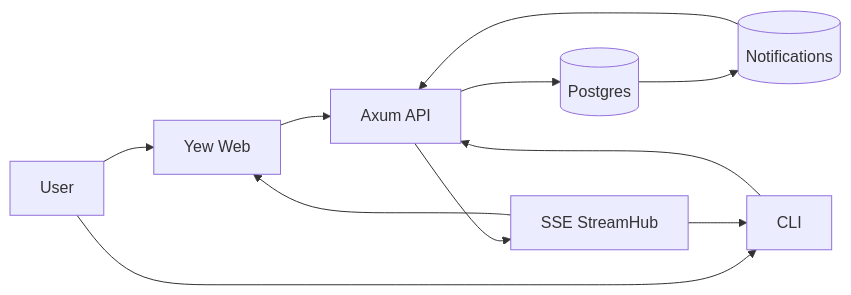
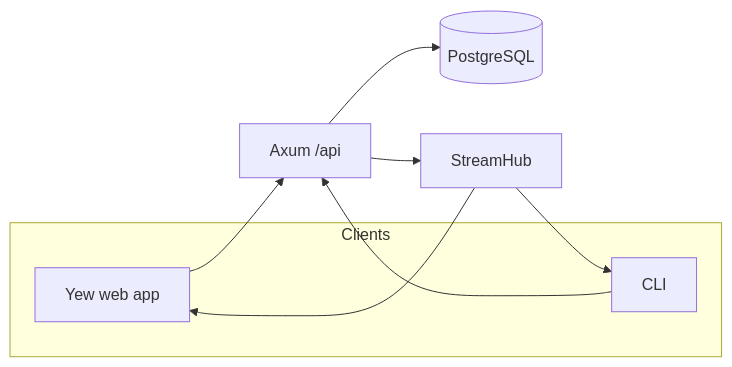
One commit to VannaDii/RustyGPT changed the diagram in docs/architecture/service-topology.md. Above: the diagram before and after it, drawn with Mermaid. The commit also changed other lines of this file and 23 other files, not shown here.

````diff
--- a/docs/architecture/service-topology.md
+++ b/docs/architecture/service-topology.md
@@ -14,21 +20,17 @@
 ```mermaid
 flowchart LR
-  user[User]
-  web[Yew Web]
-  cli[CLI]
-  api[Axum API]
-  hub[SSE StreamHub]
-  db[(Postgres)]
-  mq[(Notifications)]
+  subgraph Clients
+    web[Yew web app]
+    cli[CLI]
+  end
+  api[Axum /api]
+  stream[StreamHub]
+  db[(PostgreSQL)]
 
-  user --> web
-  user --> cli
   web --> api
   cli --> api
   api --> db
-  api --> hub
-  hub --> web
-  hub --> cli
-  db --> mq
-  mq --> api
+  api --> stream
+  stream --> web
+  stream --> cli
 ```
````
